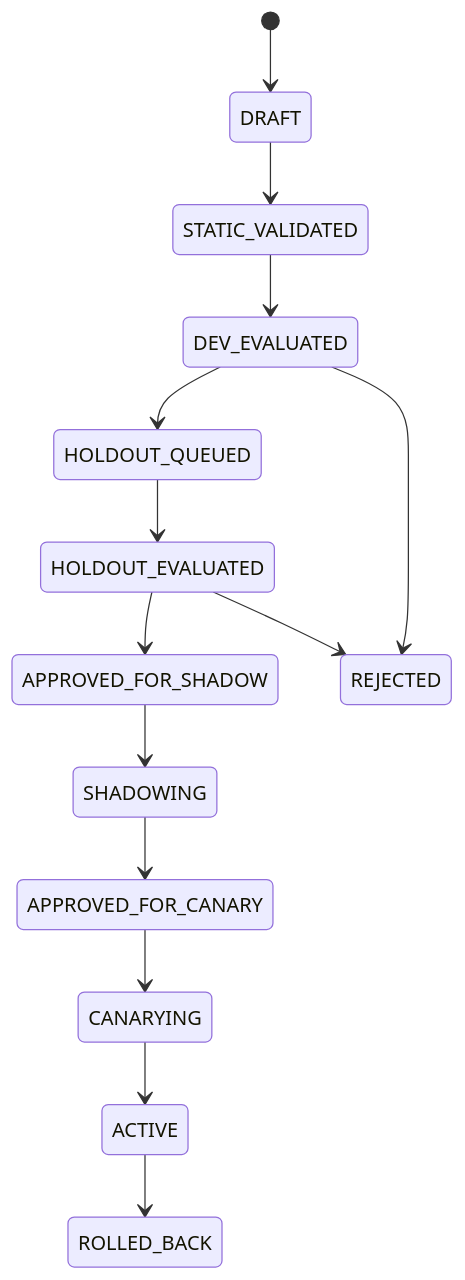
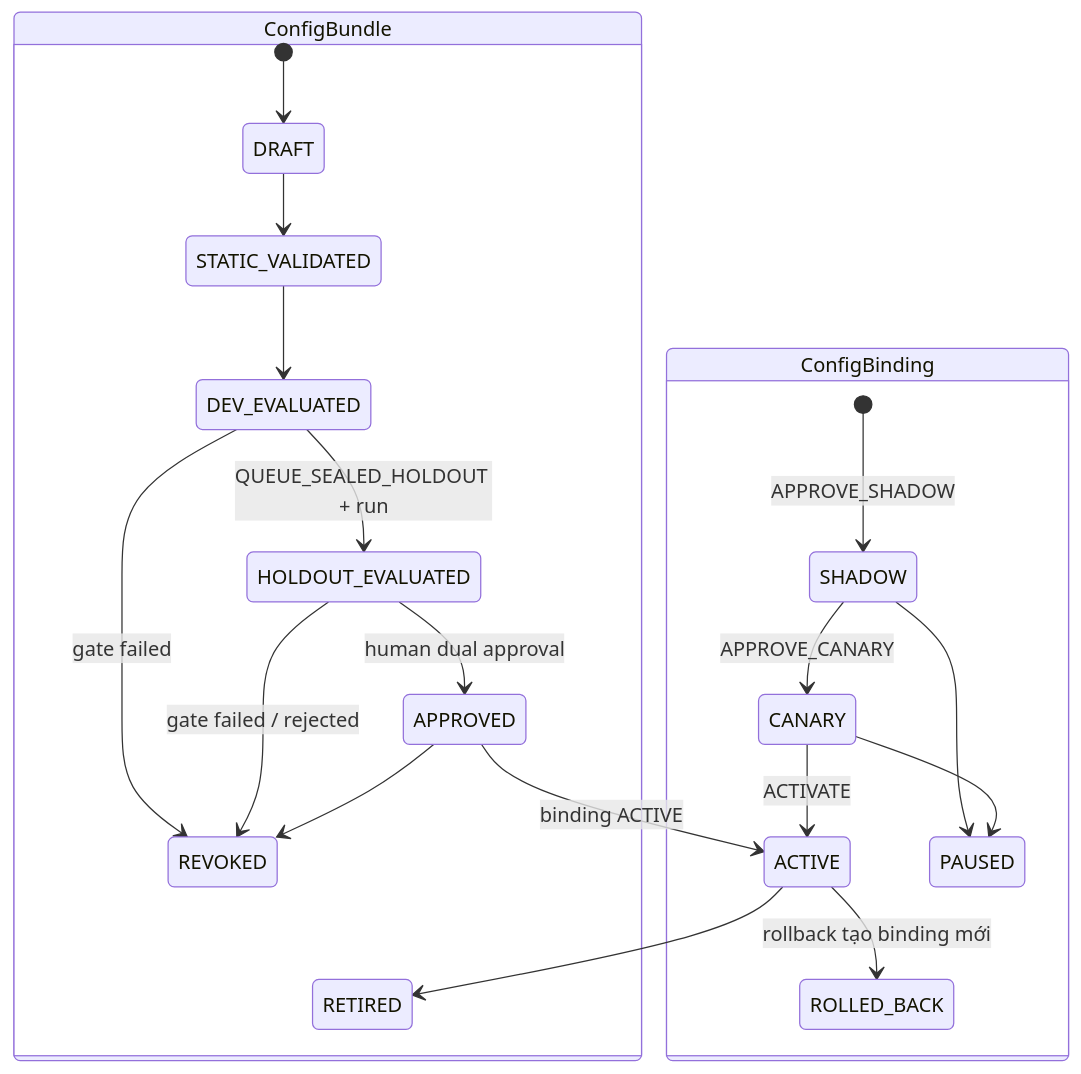
Diagram 23 of 31 in docs/DOC-04-architecture.md (AI20K-VGR/contract-intelligence-core), drawn with Mermaid before and after one commit. The commit also changed other lines of this file and 16 other files, not shown here.

````diff
--- a/docs/DOC-04-architecture.md
+++ b/docs/DOC-04-architecture.md
@@ -485,16 +552,23 @@
 ```mermaid
 stateDiagram-v2
-  [*] --> DRAFT
-  DRAFT --> STATIC_VALIDATED
-  STATIC_VALIDATED --> DEV_EVALUATED
-  DEV_EVALUATED --> HOLDOUT_QUEUED
-  HOLDOUT_QUEUED --> HOLDOUT_EVALUATED
-  HOLDOUT_EVALUATED --> APPROVED_FOR_SHADOW
-  APPROVED_FOR_SHADOW --> SHADOWING
-  SHADOWING --> APPROVED_FOR_CANARY
-  APPROVED_FOR_CANARY --> CANARYING
-  CANARYING --> ACTIVE
-  ACTIVE --> ROLLED_BACK
-  DEV_EVALUATED --> REJECTED
-  HOLDOUT_EVALUATED --> REJECTED
+  state "ConfigBundle" as B {
+    [*] --> DRAFT
+    DRAFT --> STATIC_VALIDATED
+    STATIC_VALIDATED --> DEV_EVALUATED
+    DEV_EVALUATED --> HOLDOUT_EVALUATED: QUEUE_SEALED_HOLDOUT + run
+    HOLDOUT_EVALUATED --> APPROVED: human dual approval
+    APPROVED --> ACTIVE: binding ACTIVE
+    ACTIVE --> RETIRED
+    DEV_EVALUATED --> REVOKED: gate failed
+    HOLDOUT_EVALUATED --> REVOKED: gate failed / rejected
+    APPROVED --> REVOKED
+  }
+  state "ConfigBinding" as R {
+    [*] --> SHADOW: APPROVE_SHADOW
+    SHADOW --> CANARY: APPROVE_CANARY
+    CANARY --> ACTIVE: ACTIVATE
+    SHADOW --> PAUSED
+    CANARY --> PAUSED
+    ACTIVE --> ROLLED_BACK: rollback tạo binding mới
+  }
 ```
````
